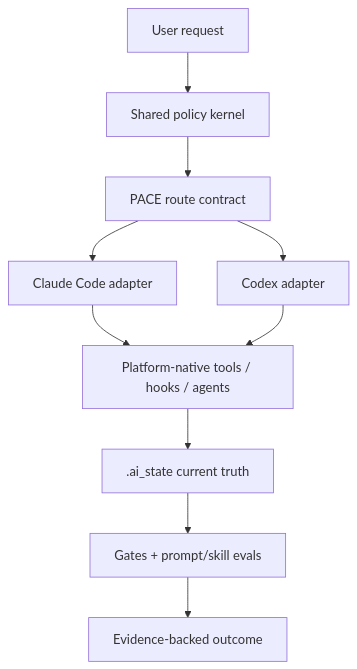
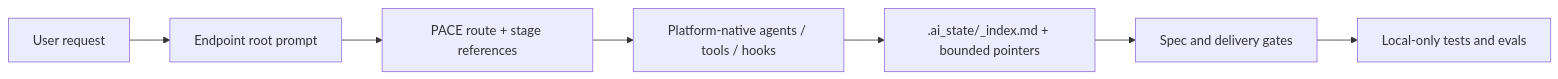
The diagram in .ai_state/sprints/2026-07-25-athena-9-9-6-prompt-engineering/design.md (WenJunDuan/Rlues), drawn with Mermaid before and after one commit. The commit also changed other lines of this file and 274 other files, not shown here.

Commit message:
Add draft release notes for Athena Codex 9.9.6 with platform contracts, role matrix, and performance metrics

````diff
--- a/.ai_state/sprints/2026-07-25-athena-9-9-6-prompt-engineering/design.md
+++ b/.ai_state/sprints/2026-07-25-athena-9-9-6-prompt-engineering/design.md
@@ -45,12 +64,9 @@
 ```mermaid
-flowchart TD
-    U["User request"] --> K["Shared policy kernel"]
-    K --> R["PACE route contract"]
-    R --> CC["Claude Code adapter"]
-    R --> CX["Codex adapter"]
-    CC --> G["Platform-native tools / hooks / agents"]
-    CX --> G
-    G --> S[".ai_state current truth"]
-    S --> V["Gates + prompt/skill evals"]
-    V --> O["Evidence-backed outcome"]
+flowchart LR
+    U["User request"] --> C["Endpoint root prompt"]
+    C --> P["PACE route + stage references"]
+    P --> A["Platform-native agents / tools / hooks"]
+    A --> S[".ai_state/_index.md + bounded pointers"]
+    S --> G["Spec and delivery gates"]
+    G --> E["Local-only tests and evals"]
 ```
````
